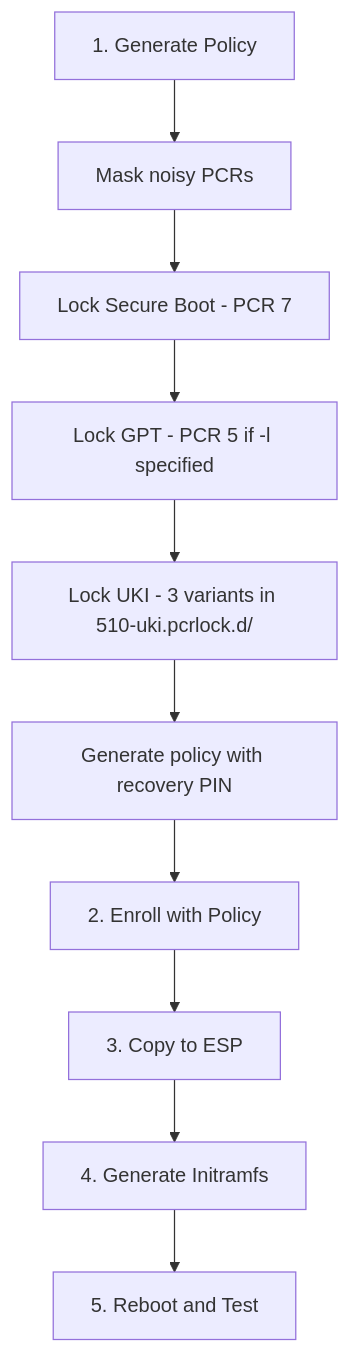
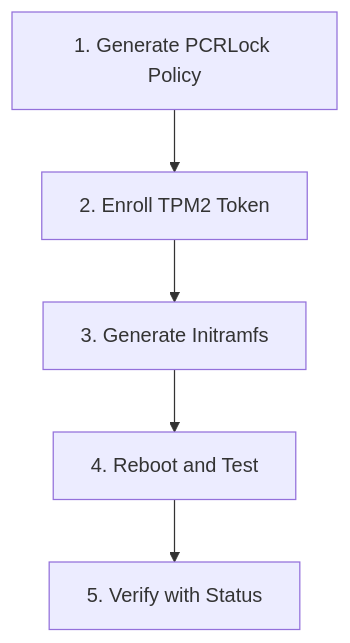
The second of 3 diagrams in docs/tpm2-setup.md (zaolin/vanguard), drawn with Mermaid before and after one commit. The commit also changed other lines of this file and 3 other files, not shown here.

````diff
--- a/docs/tpm2-setup.md
+++ b/docs/tpm2-setup.md
@@ -174,12 +95,7 @@
 ```mermaid
 flowchart TD
-    A[1. Generate Policy] --> A1[Mask noisy PCRs]
-    A1 --> A2[Lock Secure Boot - PCR 7]
-    A2 --> A3[Lock GPT - PCR 5 if -l specified]
-    A3 --> A4[Lock UKI - 3 variants in 510-uki.pcrlock.d/]
-    A4 --> A5[Generate policy with recovery PIN]
-    A5 --> B[2. Enroll with Policy]
-    B --> C[3. Copy to ESP]
-    C --> D[4. Generate Initramfs]
-    D --> E[5. Reboot and Test]
+    A[1. Generate PCRLock Policy] --> B[2. Enroll TPM2 Token]
+    B --> C[3. Generate Initramfs]
+    C --> D[4. Reboot and Test]
+    D --> E[5. Verify with Status]
 ```
````
